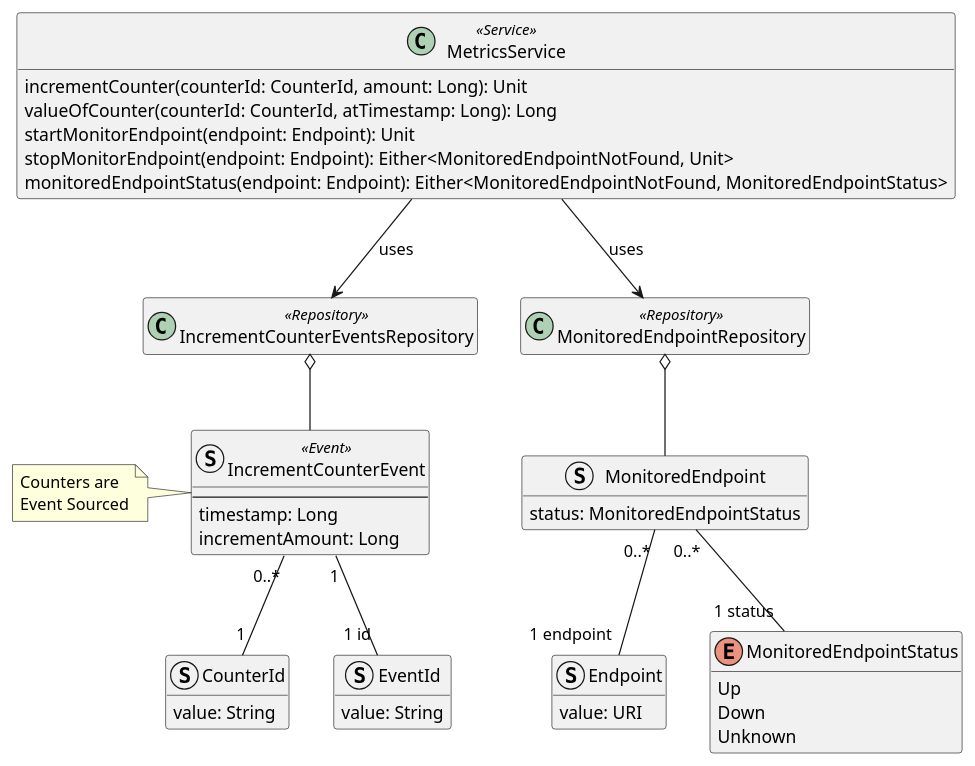
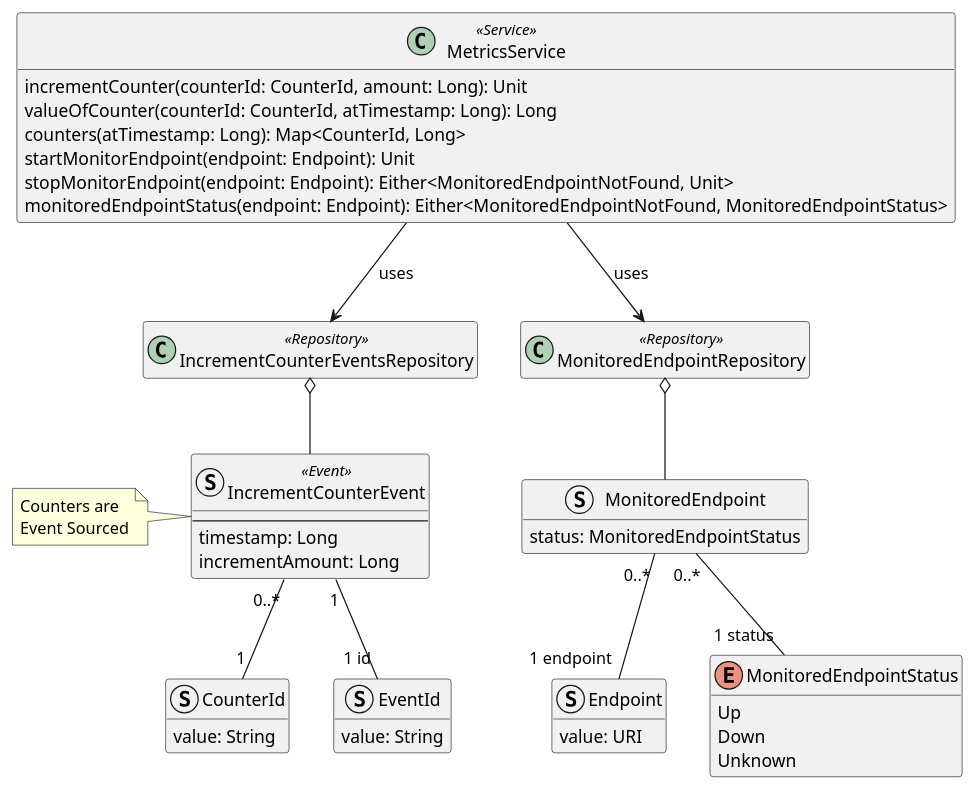
One commit to Ventus218/SAP-assignment-02 changed the diagram in doc/diagrams/src/metrics-service-domain-model.puml. Above: the diagram before and after it, drawn with PlantUML. The commit also changed 5 other files, not shown here.

```diff
--- a/doc/diagrams/src/metrics-service-domain-model.puml
+++ b/doc/diagrams/src/metrics-service-domain-model.puml
@@ -1,60 +1,61 @@
 @startuml metrics-service-domain-model
 
 class MetricsService <<Service>> {
     incrementCounter(counterId: CounterId, amount: Long): Unit
     valueOfCounter(counterId: CounterId, atTimestamp: Long): Long
+    counters(atTimestamp: Long): Map<CounterId, Long>
     startMonitorEndpoint(endpoint: Endpoint): Unit
     stopMonitorEndpoint(endpoint: Endpoint): Either<MonitoredEndpointNotFound, Unit>
     monitoredEndpointStatus(endpoint: Endpoint): Either<MonitoredEndpointNotFound, MonitoredEndpointStatus>
 }
 
 struct CounterId {
     value: String
 }
 
 struct EventId {
     value: String
 }
 
 struct IncrementCounterEvent <<Event>> {
     --
     timestamp: Long
     incrementAmount: Long
 }
 
 IncrementCounterEvent "0..*" -- "1" CounterId
 IncrementCounterEvent "1" -- "1 id" EventId
 
 class IncrementCounterEventsRepository <<Repository>>
 IncrementCounterEventsRepository o-- IncrementCounterEvent
 MetricsService --> IncrementCounterEventsRepository : "uses"
 
 note left of IncrementCounterEvent
     Counters are
     Event Sourced
 end note
 
 
 struct Endpoint {
     value: URI
 }
 
 struct MonitoredEndpoint {
     status: MonitoredEndpointStatus
 }
 MonitoredEndpoint "0..*" -- "1 endpoint" Endpoint
 
 enum MonitoredEndpointStatus {
     Up
     Down
     Unknown
 }
 MonitoredEndpoint "0..*" -- "1 status" MonitoredEndpointStatus
 
 class MonitoredEndpointRepository <<Repository>>
 MonitoredEndpointRepository o--  MonitoredEndpoint
 MetricsService --> MonitoredEndpointRepository : "uses"
 
 hide empty members
 
 @enduml
```
